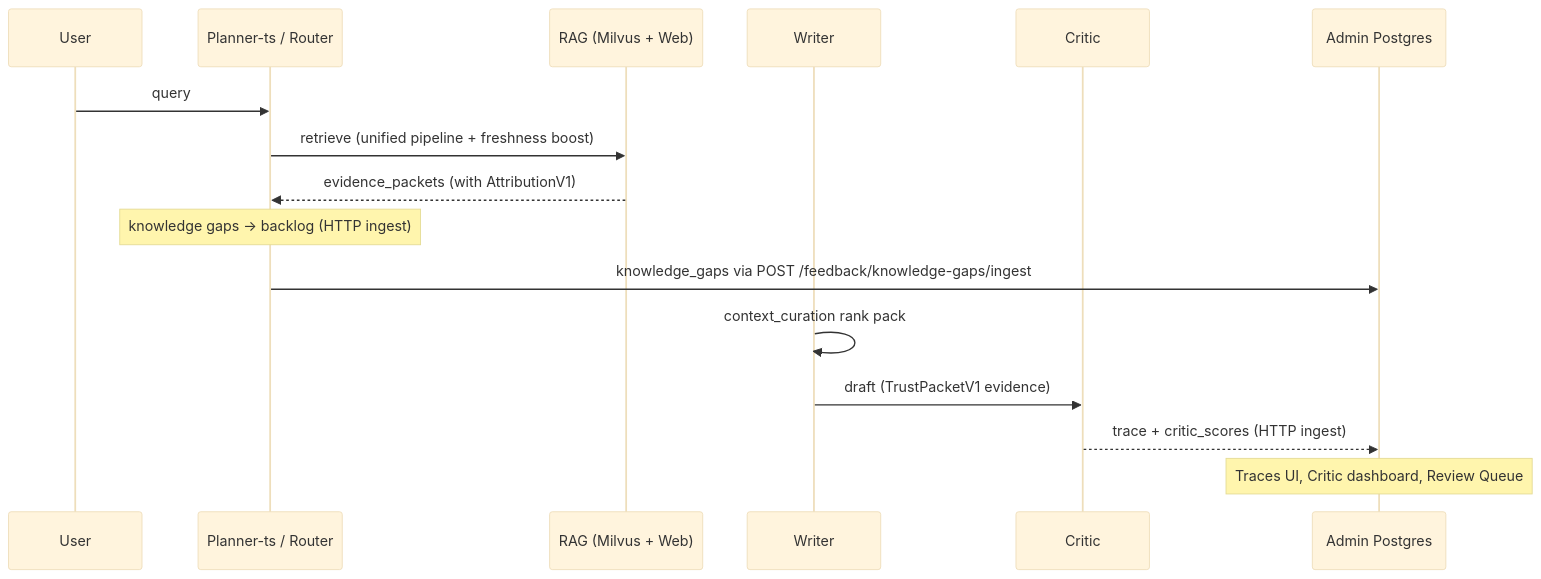
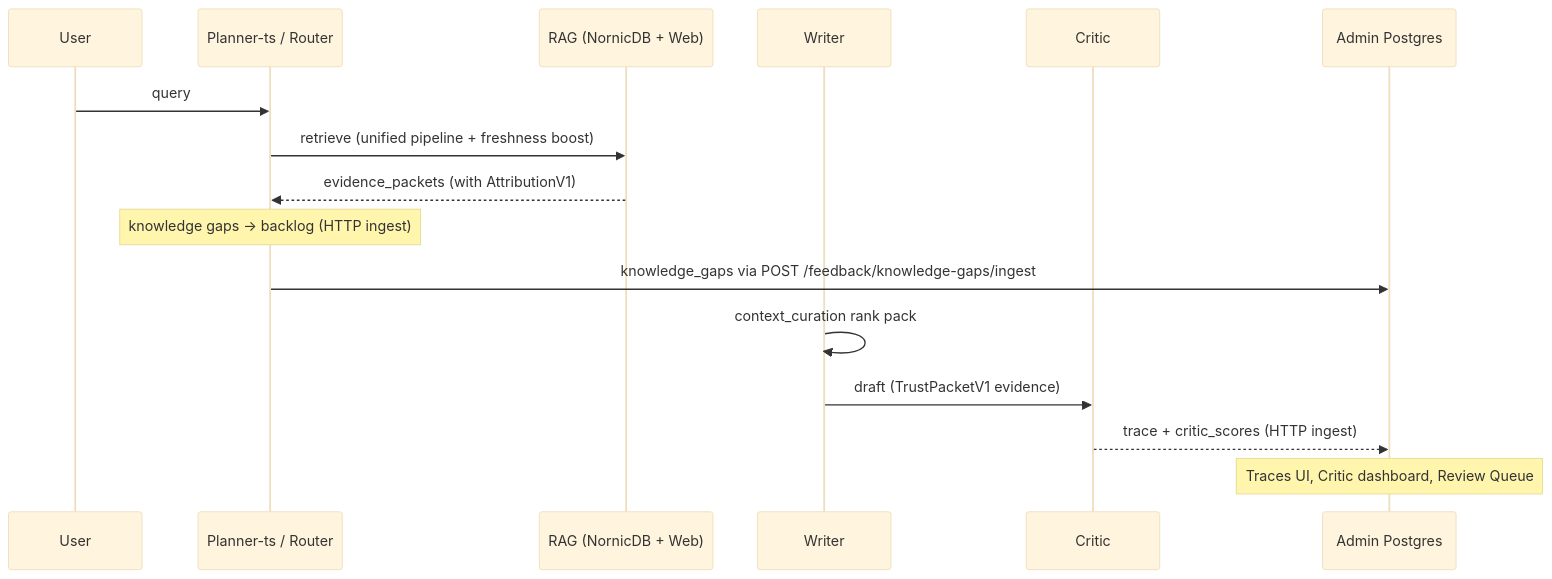
Before and after one commit to supernovae/synesis: the second of 2 diagrams in docs/ADMIN_QUALITY_UI.md, drawn with Mermaid (base theme). The commit also changed other lines of this file and 78 other files, not shown here.

Commit message:
Harden RAG authz and document NornicDB migration

````diff
--- a/docs/ADMIN_QUALITY_UI.md
+++ b/docs/ADMIN_QUALITY_UI.md
@@ -93,19 +93,19 @@
 ```mermaid
 sequenceDiagram
   participant U as User
   participant P as Planner-ts / Router
-  participant R as RAG (Milvus + Web)
+  participant R as RAG (NornicDB + Web)
   participant W as Writer
   participant C as Critic
   participant DB as Admin Postgres
 
   U->>P: query
   P->>R: retrieve (unified pipeline + freshness boost)
   R-->>P: evidence_packets (with AttributionV1)
   Note over P: knowledge gaps → backlog (HTTP ingest)
   P->>DB: knowledge_gaps via POST /feedback/knowledge-gaps/ingest
   W->>W: context_curation rank pack
   W->>C: draft (TrustPacketV1 evidence)
   C-->>DB: trace + critic_scores (HTTP ingest)
   Note over DB: Traces UI, Critic dashboard, Review Queue
 ```
````
